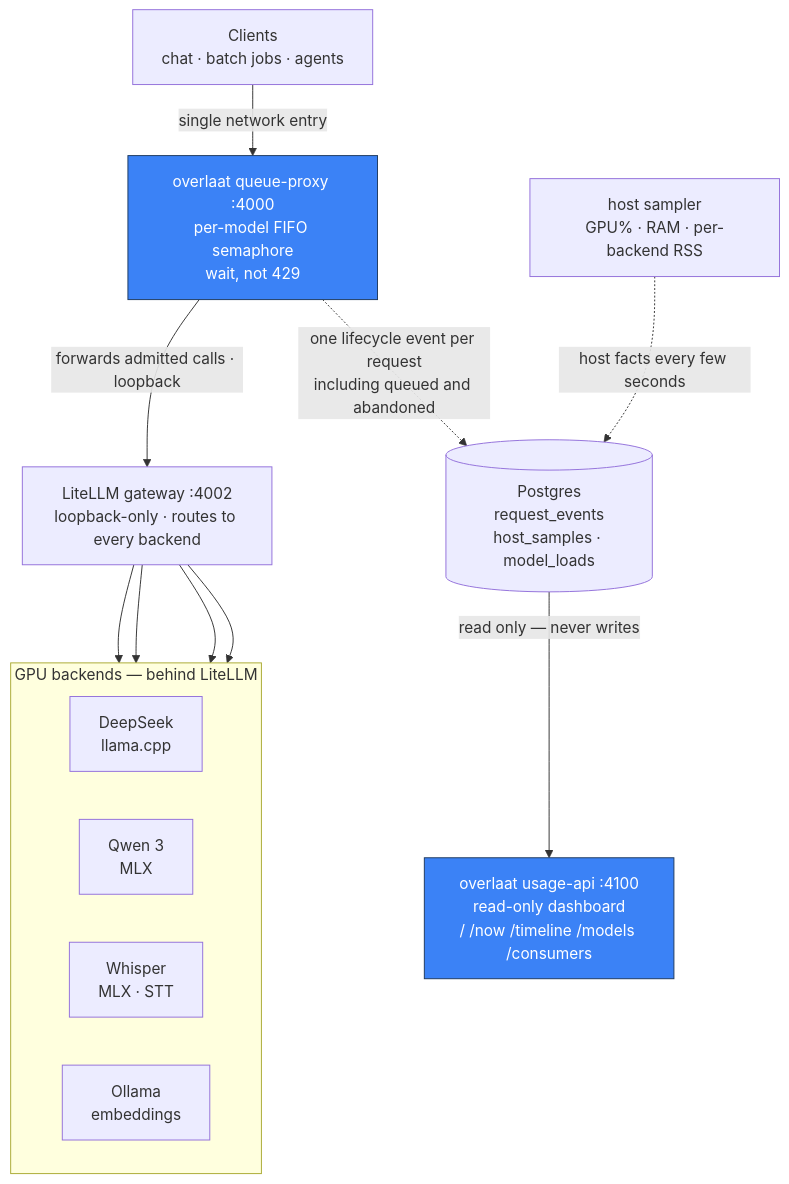
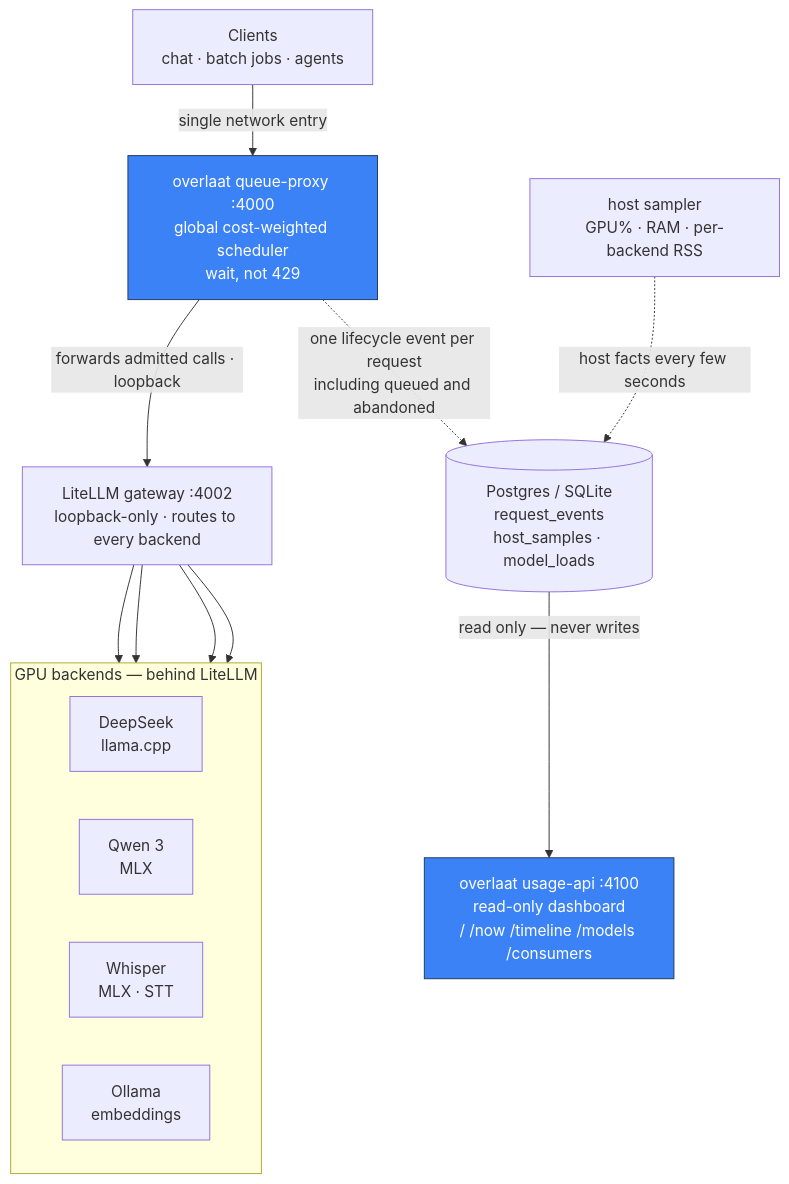
Before and after one commit to tdamsma/overlaat: the diagram in README.md, drawn with Mermaid. The commit also changed other lines of this file and 2 other files, not shown here.

First line of the commit message:
docs: concise README + sketchy vertical architecture diagram; cut 0.0.3 (#9)

````diff
--- a/README.md
+++ b/README.md
@@ -68,28 +56,28 @@
 ```mermaid
 flowchart TD
     clients["Clients<br/>chat · batch jobs · agents"]
-    proxy["overlaat queue-proxy :4000<br/>per-model FIFO semaphore<br/>wait, not 429"]
+    proxy["overlaat queue-proxy :4000<br/>global cost-weighted scheduler<br/>wait, not 429"]
     gw["LiteLLM gateway :4002<br/>loopback-only · routes to every backend"]
 
     subgraph be ["GPU backends — behind LiteLLM"]
         direction LR
         b1["DeepSeek<br/>llama.cpp"]
         b2["Qwen 3<br/>MLX"]
         b3["Whisper<br/>MLX · STT"]
         b4["Ollama<br/>embeddings"]
     end
 
-    pg[("Postgres<br/>request_events<br/>host_samples · model_loads")]
+    pg[("Postgres / SQLite<br/>request_events<br/>host_samples · model_loads")]
     usage["overlaat usage-api :4100<br/>read-only dashboard<br/>/ /now /timeline /models /consumers"]
     host["host sampler<br/>GPU% · RAM · per-backend RSS"]
 
     clients -->|single network entry| proxy
     proxy -->|forwards admitted calls · loopback| gw
     gw --> b1 & b2 & b3 & b4
     proxy -. one lifecycle event per request<br/>including queued and abandoned .-> pg
     host -. host facts every few seconds .-> pg
     pg -->|read only — never writes| usage
 
     classDef overlaat fill:#3b82f6,stroke:#1e3a5f,color:#ffffff;
     class proxy,usage overlaat;
 ```
````
